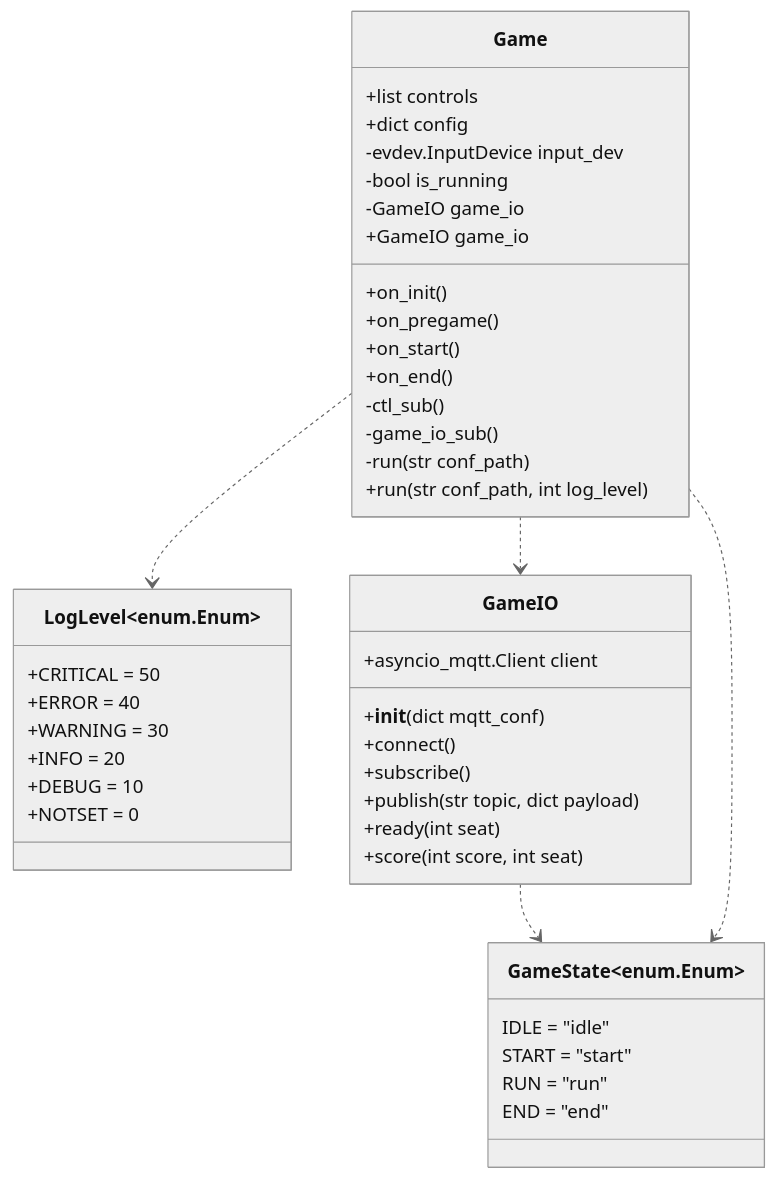
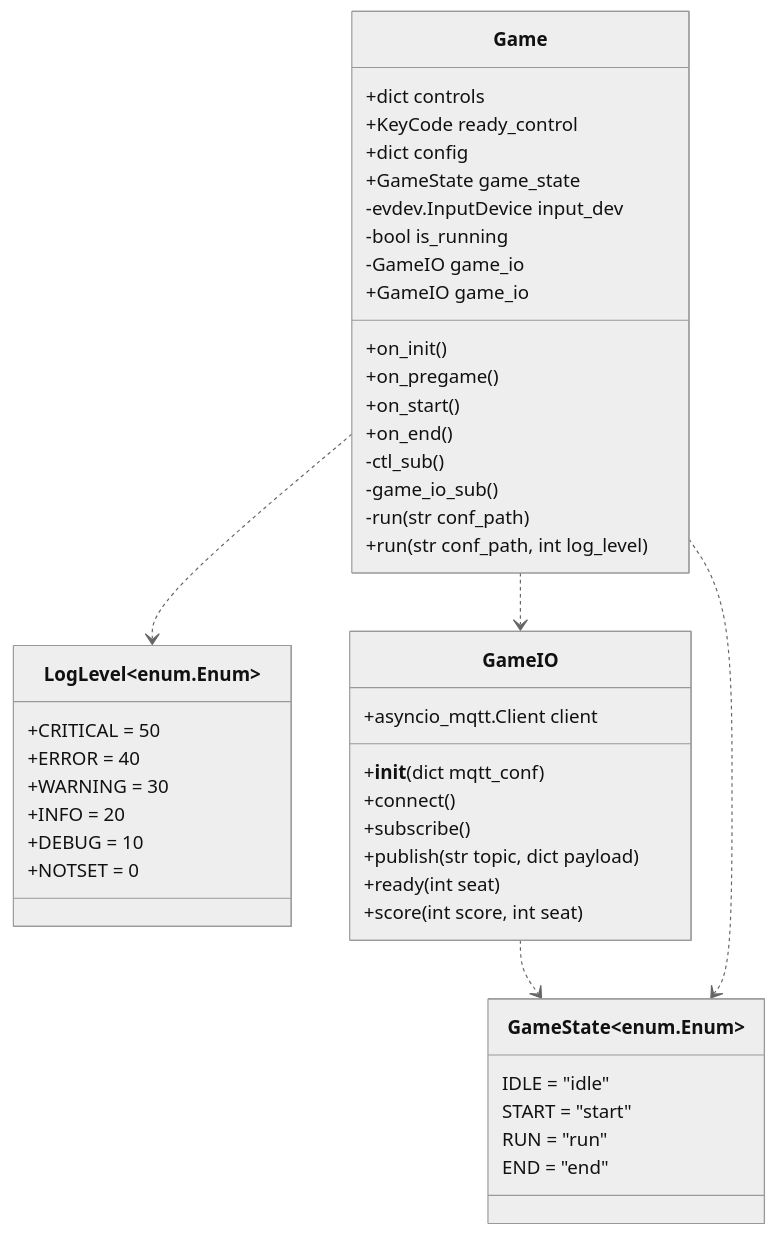
The second of 2 diagrams in docs/sdk/index.md (4D-Game/CrazyComet), drawn with Mermaid (neutral theme) before and after one commit. The commit also changed 3 other files, not shown here.

Commit message:
ADD ready control

````diff
--- a/docs/sdk/index.md
+++ b/docs/sdk/index.md
@@ -65,50 +65,52 @@
 ```mermaid
 classDiagram
   class Game{
-    +list controls
+    +dict controls
+    +KeyCode ready_control
     +dict config
+    +GameState game_state
     -evdev.InputDevice input_dev
     -bool is_running
     -GameIO game_io
     +GameIO game_io
     +on_init()
     +on_pregame()
     +on_start()
     +on_end()
     -ctl_sub()
     -game_io_sub()
     -run(str conf_path)
     +run(str conf_path, int log_level)
   }
 
   class LogLevel~enum.Enum~{
     +CRITICAL = 50
     +ERROR = 40
     +WARNING = 30
     +INFO = 20
     +DEBUG = 10
     +NOTSET = 0
   }
   Game ..> LogLevel
 
   class GameIO{
     +asyncio_mqtt.Client client
     +__init__(dict mqtt_conf)
     +connect()
     +subscribe()
     +publish(str topic, dict payload)
     +ready(int seat)
     +score(int score, int seat)
   }
   Game ..> GameIO
 
 
   class GameState~enum.Enum~{
     IDLE = "idle"
     START = "start"
     RUN = "run"
     END = "end"
   }
   GameIO ..> GameState
   Game ..> GameState
 ```
````
